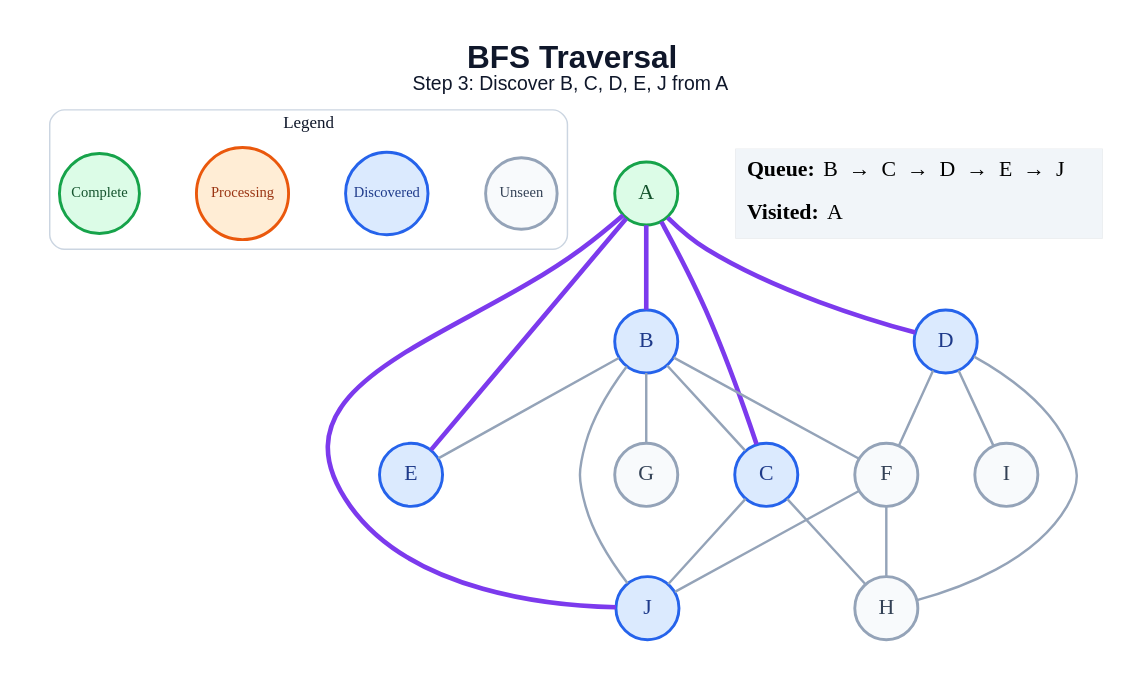
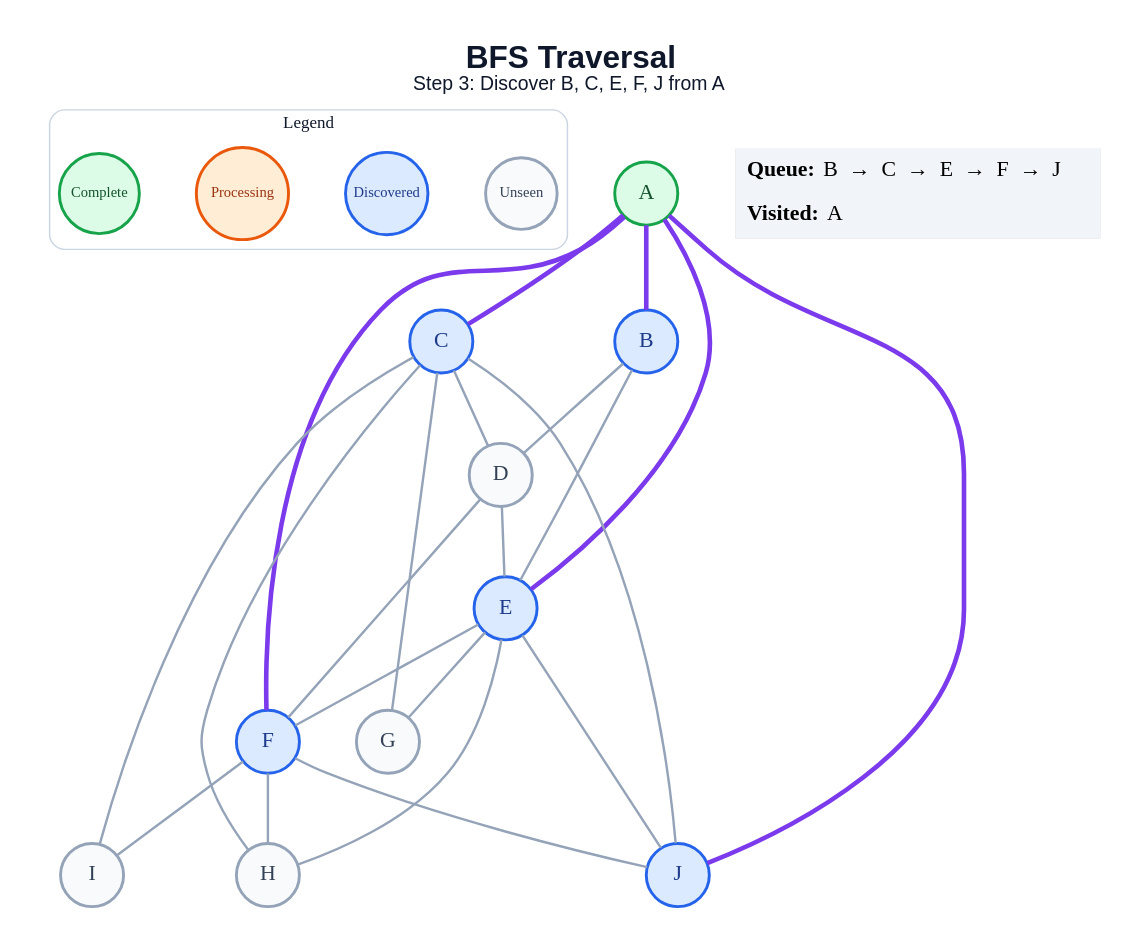
One commit to amanghodawala9/ai-slop changed the diagram in generated/bfs/step_03.dot. Above: the diagram before and after it, drawn with Graphviz. The commit also changed 178 other files, not shown here.

```diff
--- a/generated/bfs/step_03.dot
+++ b/generated/bfs/step_03.dot
@@ -1,46 +1,50 @@
 graph traversal {
   graph [layout=dot, rankdir=TB, bgcolor="#FFFFFF", pad="0.35", nodesep="0.65", ranksep="0.8", fontname="Arial"];
   node [shape=circle, style="filled", fontname="Arial Bold", fontsize=18, width=0.72, fixedsize=true, penwidth=2.4];
   edge [color="#94A3B8", penwidth=2.0];
-  label=<<B>BFS Traversal</B><BR/><FONT POINT-SIZE="16">Step 3: Discover B, C, D, E, J from A</FONT>>; labelloc="t"; fontsize=26; fontname="Arial"; fontcolor="#0F172A";
+  label=<<B>BFS Traversal</B><BR/><FONT POINT-SIZE="16">Step 3: Discover B, C, E, F, J from A</FONT>>; labelloc="t"; fontsize=26; fontname="Arial"; fontcolor="#0F172A";
   subgraph cluster_legend { label="Legend"; color="#CBD5E1"; penwidth=1.2; style="rounded"; fontsize=14; fontname="Arial Bold";
     key_unseen [label="Unseen", fillcolor="#F8FAFC", color="#94A3B8", fontcolor="#334155", fontsize=12, width=0.82];
     key_frontier [label="Discovered", fillcolor="#DBEAFE", color="#2563EB", fontcolor="#1E3A8A", fontsize=12, width=0.95];
     key_current [label="Processing", fillcolor="#FFEDD5", color="#EA580C", fontcolor="#9A3412", fontsize=12, width=1.05];
     key_done [label="Complete", fillcolor="#DCFCE7", color="#16A34A", fontcolor="#14532D", fontsize=12, width=0.92];
     { rank=same; key_unseen; key_frontier; key_current; key_done; }
   }
   A [fillcolor="#DCFCE7", color="#16A34A", fontcolor="#14532D"];
   B [fillcolor="#DBEAFE", color="#2563EB", fontcolor="#1E3A8A"];
   C [fillcolor="#DBEAFE", color="#2563EB", fontcolor="#1E3A8A"];
-  D [fillcolor="#DBEAFE", color="#2563EB", fontcolor="#1E3A8A"];
+  D [fillcolor="#F8FAFC", color="#94A3B8", fontcolor="#334155"];
   E [fillcolor="#DBEAFE", color="#2563EB", fontcolor="#1E3A8A"];
-  F [fillcolor="#F8FAFC", color="#94A3B8", fontcolor="#334155"];
+  F [fillcolor="#DBEAFE", color="#2563EB", fontcolor="#1E3A8A"];
   G [fillcolor="#F8FAFC", color="#94A3B8", fontcolor="#334155"];
   H [fillcolor="#F8FAFC", color="#94A3B8", fontcolor="#334155"];
   I [fillcolor="#F8FAFC", color="#94A3B8", fontcolor="#334155"];
   J [fillcolor="#DBEAFE", color="#2563EB", fontcolor="#1E3A8A"];
   A -- B [color="#7C3AED", penwidth=3.8];
   A -- C [color="#7C3AED", penwidth=3.8];
-  A -- D [color="#7C3AED", penwidth=3.8];
   A -- E [color="#7C3AED", penwidth=3.8];
+  A -- F [color="#7C3AED", penwidth=3.8];
   A -- J [color="#7C3AED", penwidth=3.8];
-  B -- C;
+  B -- D;
   B -- E;
-  B -- F;
-  B -- G;
-  B -- J;
+  C -- D;
+  C -- G;
   C -- H;
+  C -- I;
   C -- J;
+  D -- E;
   D -- F;
-  D -- H;
-  D -- I;
+  E -- F;
+  E -- G;
+  E -- H;
+  E -- J;
   F -- H;
+  F -- I;
   F -- J;
   status [shape=plain, fixedsize=false, width=0, height=0, margin=0, label=<
     <TABLE BORDER="0" CELLBORDER="0" CELLPADDING="7" BGCOLOR="#F1F5F9">
-      <TR><TD ALIGN="LEFT"><B>Queue:</B> B  →  C  →  D  →  E  →  J</TD></TR>
+      <TR><TD ALIGN="LEFT"><B>Queue:</B> B  →  C  →  E  →  F  →  J</TD></TR>
       <TR><TD ALIGN="LEFT"><B>Visited:</B> A</TD></TR>
     </TABLE>
   >];
 }
```
